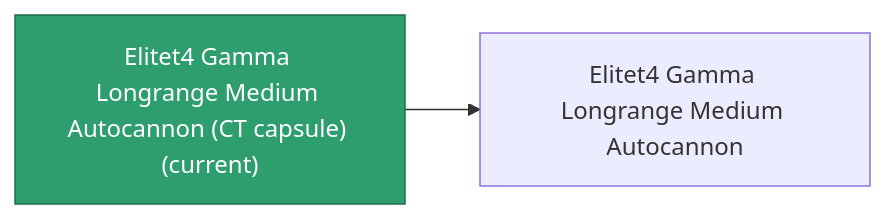
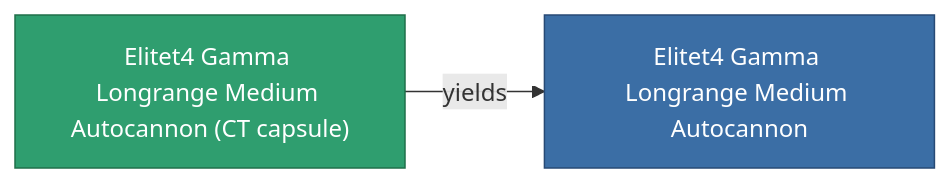
Before and after one commit to OpenPerpetuum/Wiki: the diagram in content/content/items/elitet4_gamma_longrange_medium_autocannon_CT_capsule.md, drawn with Mermaid. The commit also changed other lines of this file and 2015 other files, not shown here.

````diff
--- a/content/content/items/elitet4_gamma_longrange_medium_autocannon_CT_capsule.md
+++ b/content/content/items/elitet4_gamma_longrange_medium_autocannon_CT_capsule.md
@@ -33,8 +33,9 @@
 ```mermaid
 graph LR
-    a["Elitet4 Gamma Longrange Medium Autocannon (CT capsule) (current)"]:::current
-    b["Elitet4 Gamma Longrange Medium Autocannon"]
-    a --> b
-    click b "/content/items/elitet4-gamma-longrange-medium-autocannon/" "Elitet4 Gamma Longrange Medium Autocannon"
+    a["Elitet4 Gamma Longrange Medium Autocannon (CT capsule)"]:::current
+    b["Elitet4 Gamma Longrange Medium Autocannon"]:::finished
+    a -->|yields| b
+                click b "/content/items/elitet4-gamma-longrange-medium-autocannon/" "Elitet4 Gamma Longrange Medium Autocannon"
     classDef current fill:#2f9e6f,stroke:#1f6f4a,color:#ffffff
+    classDef finished fill:#3b6ea5,stroke:#274a75,color:#ffffff
 ```
````
